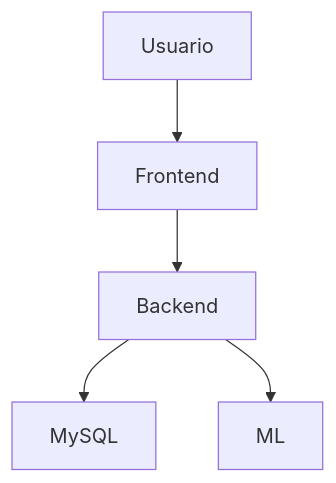
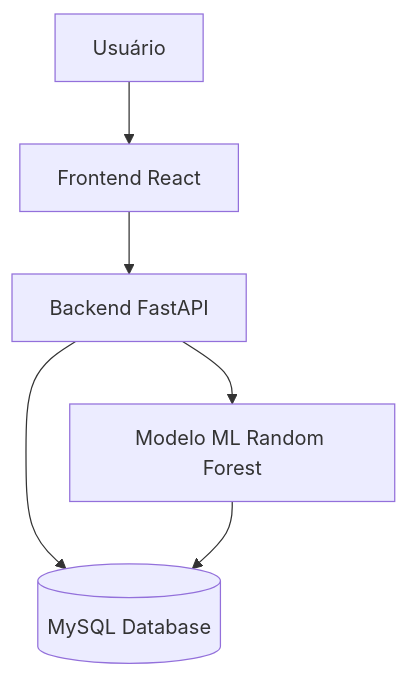
Before and after one commit to GustaPeruci/Pryzor: the diagram in README.md, drawn with Mermaid. The commit also changed other lines of this file and 1 other file, not shown here.

Commit message:
refactor: remover diagrama de arquitetura e aprimorar documentação do schema do banco de dados no README

````diff
--- a/README.md
+++ b/README.md
@@ -47,7 +47,8 @@
 ```mermaid
 flowchart TD
-  Usuario --> Frontend
-  Frontend --> Backend
-  Backend --> MySQL
-  Backend --> ML
+  Usuario[Usuário] --> Frontend[Frontend React]
+  Frontend --> Backend[Backend FastAPI]
+  Backend --> MySQL[(MySQL Database)]
+  Backend --> ML[Modelo ML Random Forest]
+  ML --> MySQL
 ```
````
